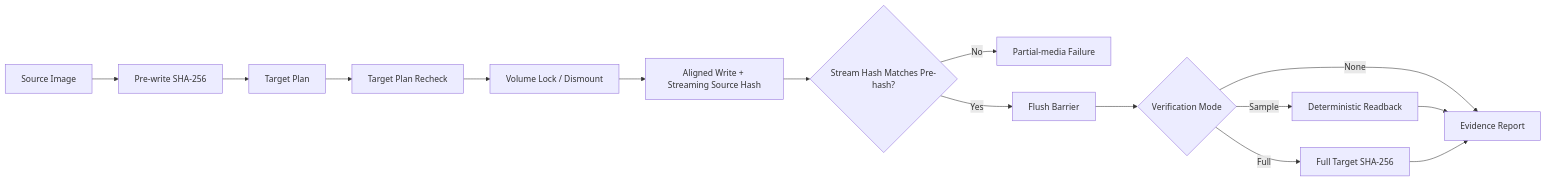
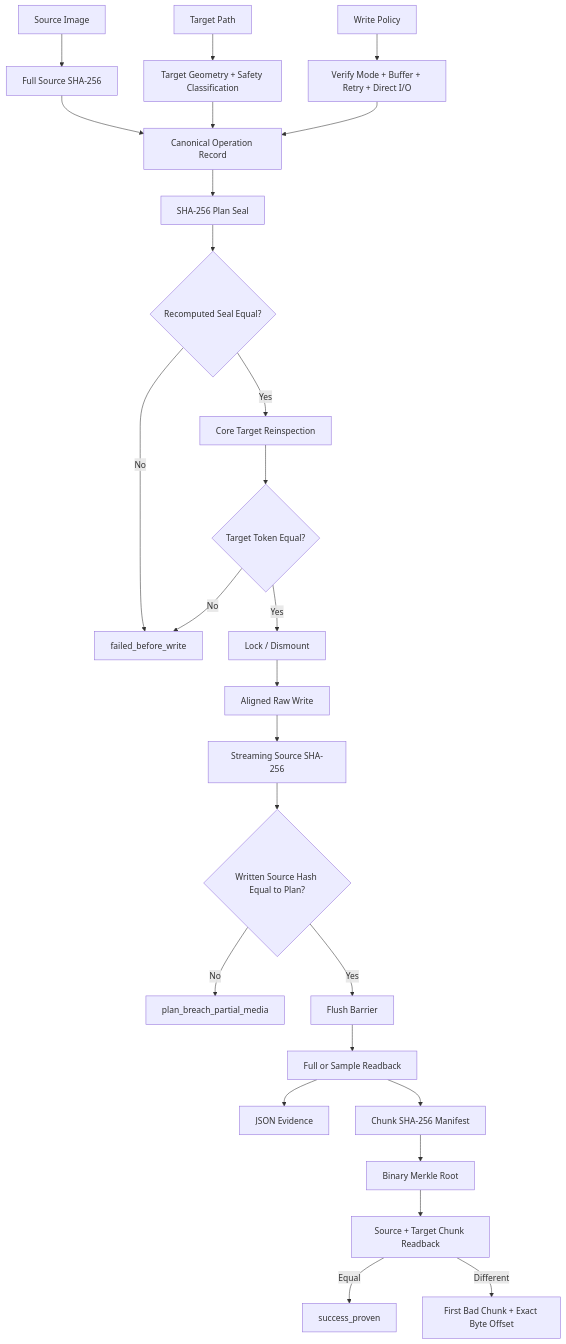
The first of 2 diagrams in docs/ARCHITECTURE.md (Deadbytes101/DEADFLASH), drawn with Mermaid before and after one commit. The commit also changed other lines of this file, not shown here.

Commit message:
add attested proof architecture

````diff
--- a/docs/ARCHITECTURE.md
+++ b/docs/ARCHITECTURE.md
@@ -16,17 +25,28 @@
 ```mermaid
-flowchart LR
-    A[Source Image] --> B[Pre-write SHA-256]
-    B --> C[Target Plan]
-    C --> D[Target Plan Recheck]
-    D --> E[Volume Lock / Dismount]
-    E --> F[Aligned Write + Streaming Source Hash]
-    F --> G{Stream Hash Matches Pre-hash?}
-    G -->|No| X[Partial-media Failure]
-    G -->|Yes| H[Flush Barrier]
-    H --> I{Verification Mode}
-    I -->|None| J[Evidence Report]
-    I -->|Sample| K[Deterministic Readback]
-    I -->|Full| L[Full Target SHA-256]
-    K --> J
-    L --> J
+flowchart TD
+    A[Source Image] --> B[Full Source SHA-256]
+    C[Target Path] --> D[Target Geometry + Safety Classification]
+    E[Write Policy] --> F[Verify Mode + Buffer + Retry + Direct I/O]
+    B --> G[Canonical Operation Record]
+    D --> G
+    F --> G
+    G --> H[SHA-256 Plan Seal]
+    H --> I{Recomputed Seal Equal?}
+    I -->|No| X[failed_before_write]
+    I -->|Yes| J[Core Target Reinspection]
+    J --> K{Target Token Equal?}
+    K -->|No| X
+    K -->|Yes| L[Lock / Dismount]
+    L --> M[Aligned Raw Write]
+    M --> N[Streaming Source SHA-256]
+    N --> O{Written Source Hash Equal to Plan?}
+    O -->|No| P[plan_breach_partial_media]
+    O -->|Yes| Q[Flush Barrier]
+    Q --> R[Full or Sample Readback]
+    R --> S[JSON Evidence]
+    R --> T[Chunk SHA-256 Manifest]
+    T --> U[Binary Merkle Root]
+    U --> V[Source + Target Chunk Readback]
+    V -->|Equal| W[success_proven]
+    V -->|Different| Y[First Bad Chunk + Exact Byte Offset]
 ```
````
